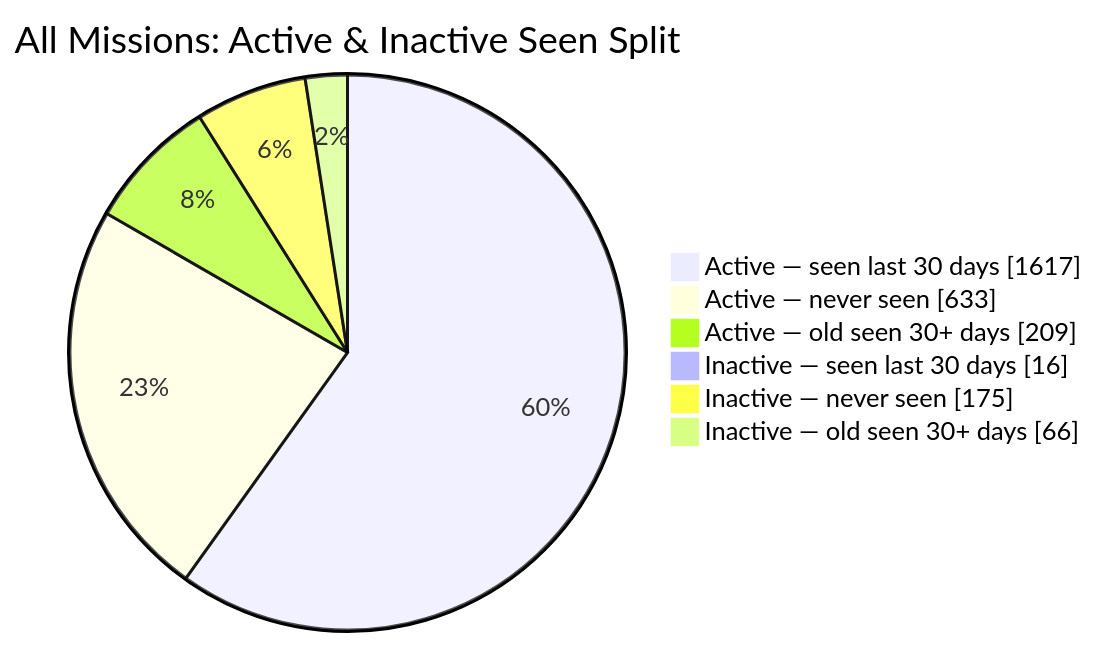
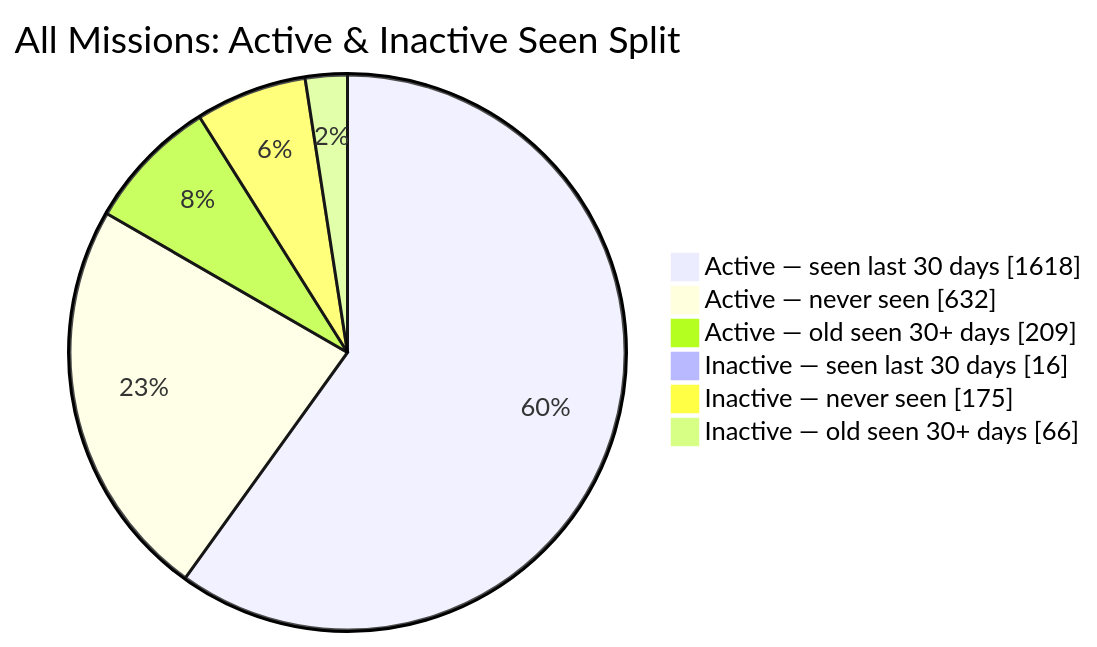
The second of 2 diagrams in README.md (MeldkamerspelGameTeam/active-missions), drawn with Mermaid before and after one commit. The commit also changed other lines of this file and 2 other files, not shown here.

````diff
--- a/README.md
+++ b/README.md
@@ -44,10 +44,10 @@
 ```mermaid
 pie showData
     title All Missions: Active & Inactive Seen Split
-    "Active — seen last 30 days" : 1617
-    "Active — never seen" : 633
+    "Active — seen last 30 days" : 1618
+    "Active — never seen" : 632
     "Active — old seen 30+ days" : 209
     "Inactive — seen last 30 days" : 16
     "Inactive — never seen" : 175
     "Inactive — old seen 30+ days" : 66
 ```
````
